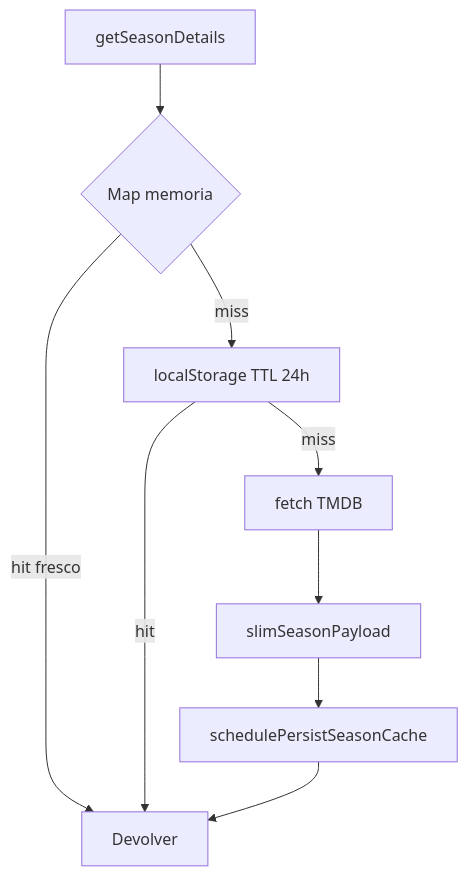
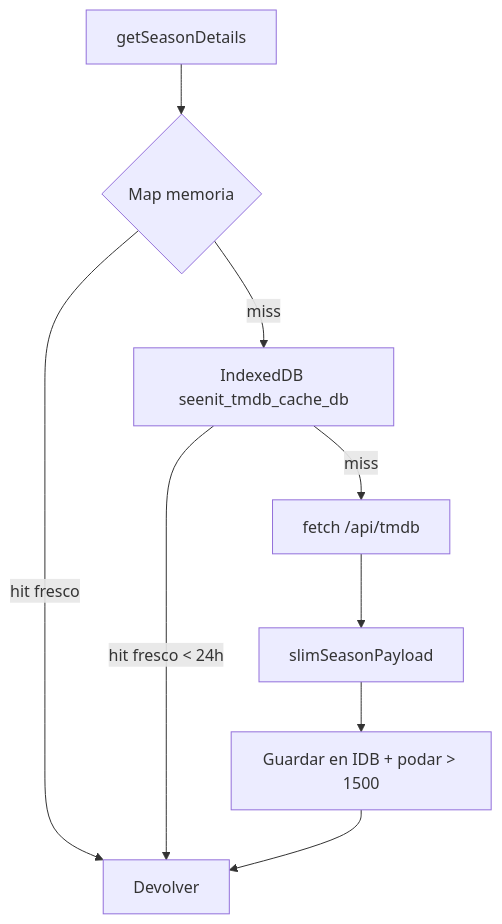
One commit to mruiz087/SeenIt changed the diagram in docs/04-tmdb.md. Above: the diagram before and after it, drawn with Mermaid. The commit also changed other lines of this file and 23 other files, not shown here.

````diff
--- a/docs/04-tmdb.md
+++ b/docs/04-tmdb.md
@@ -58,11 +54,11 @@
 ```mermaid
 flowchart TD
   Req[getSeasonDetails] --> Mem{Map memoria}
   Mem -->|hit fresco| Return[Devolver]
-  Mem -->|miss| LS[localStorage TTL 24h]
-  LS -->|hit| Return
-  LS -->|miss| API[fetch TMDB]
+  Mem -->|miss| IDB[IndexedDB seenit_tmdb_cache_db]
+  IDB -->|hit fresco < 24h| Return
+  IDB -->|miss| API[fetch /api/tmdb]
   API --> Slim[slimSeasonPayload]
-  Slim --> Persist[schedulePersistSeasonCache]
+  Slim --> Persist[Guardar en IDB + podar > 1500]
   Persist --> Return
 ```
````
